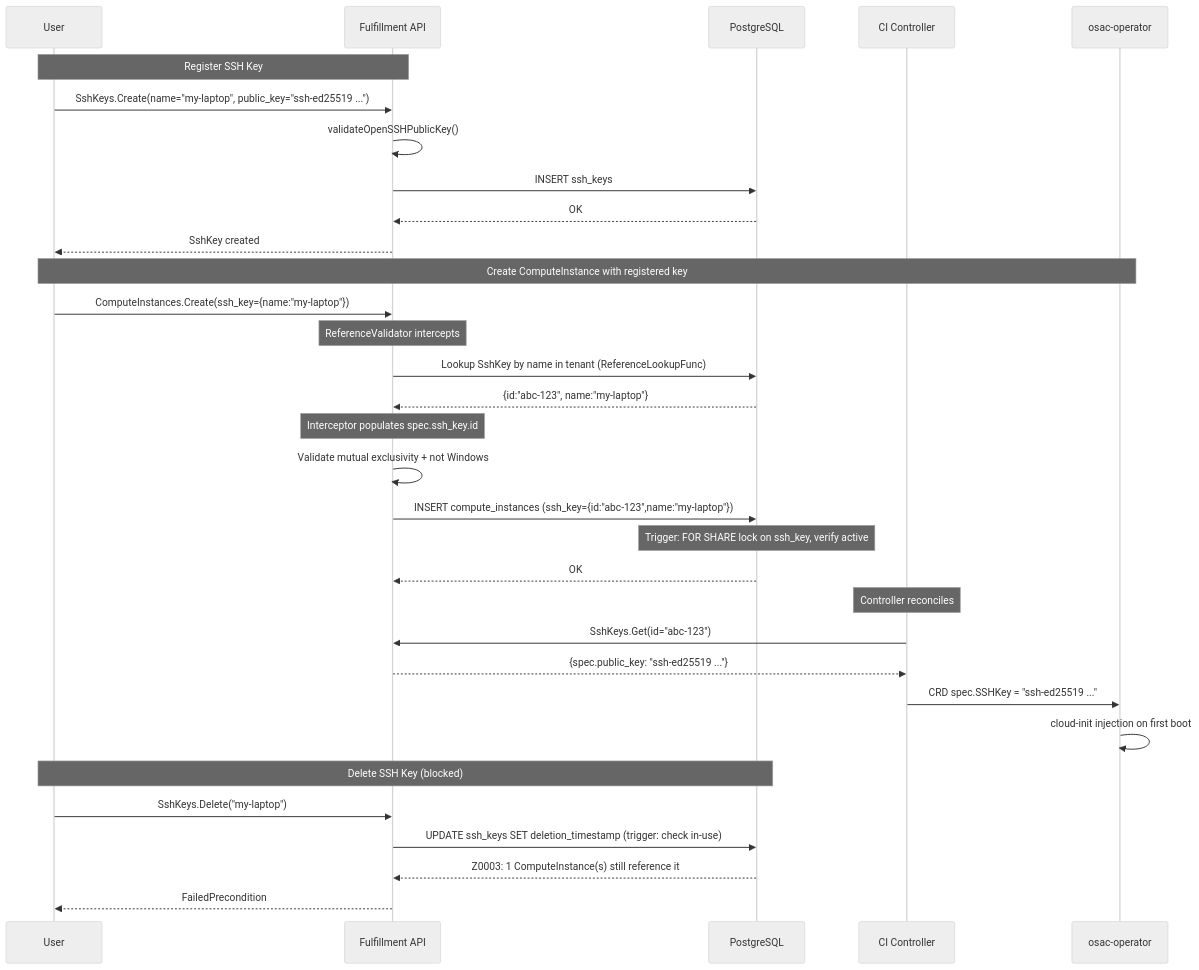
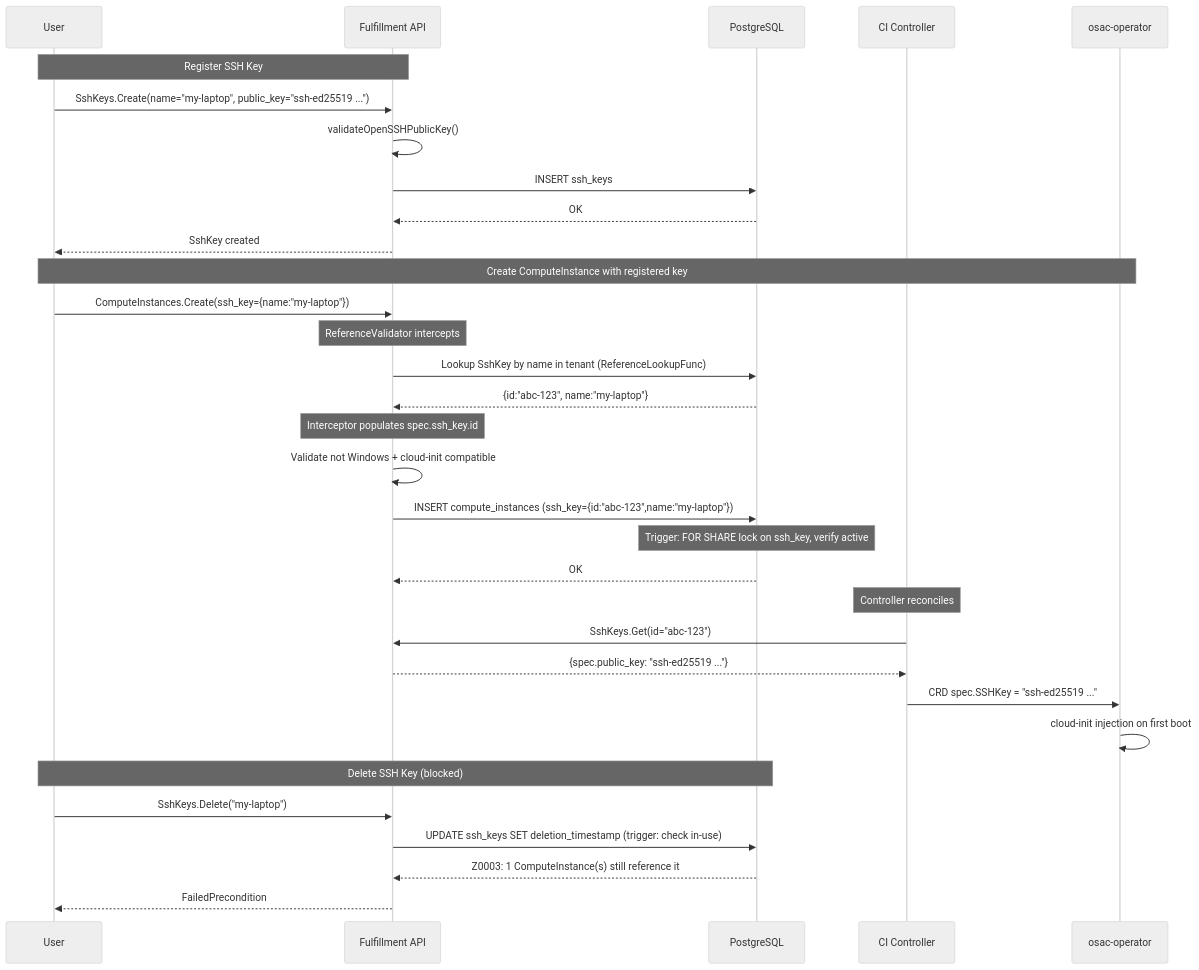
The diagram in enhancements/OSAC-51-ssh-key-registry/design.md (osac-project/enhancement-proposals), drawn with Mermaid (neutral theme) before and after one commit. The commit also changed other lines of this file, not shown here.

````diff
--- a/enhancements/OSAC-51-ssh-key-registry/design.md
+++ b/enhancements/OSAC-51-ssh-key-registry/design.md
@@ -101,37 +102,37 @@
 ```mermaid
 sequenceDiagram
     participant User
     participant API as Fulfillment API
     participant DB as PostgreSQL
     participant Ctrl as CI Controller
     participant Op as osac-operator
 
     Note over User,API: Register SSH Key
     User->>API: SshKeys.Create(name="my-laptop", public_key="ssh-ed25519 ...")
     API->>API: validateOpenSSHPublicKey()
     API->>DB: INSERT ssh_keys
     DB-->>API: OK
     API-->>User: SshKey created
 
     Note over User,Op: Create ComputeInstance with registered key
     User->>API: ComputeInstances.Create(ssh_key={name:"my-laptop"})
     Note over API: ReferenceValidator intercepts
     API->>DB: Lookup SshKey by name in tenant (ReferenceLookupFunc)
     DB-->>API: {id:"abc-123", name:"my-laptop"}
     Note over API: Interceptor populates spec.ssh_key.id
-    API->>API: Validate mutual exclusivity + not Windows
+    API->>API: Validate not Windows + cloud-init compatible
     API->>DB: INSERT compute_instances (ssh_key={id:"abc-123",name:"my-laptop"})
     Note over DB: Trigger: FOR SHARE lock on ssh_key, verify active
     DB-->>API: OK
     Note over Ctrl: Controller reconciles
     Ctrl->>API: SshKeys.Get(id="abc-123")
     API-->>Ctrl: {spec.public_key: "ssh-ed25519 ..."}
     Ctrl->>Op: CRD spec.SSHKey = "ssh-ed25519 ..."
     Op->>Op: cloud-init injection on first boot
 
     Note over User,DB: Delete SSH Key (blocked)
     User->>API: SshKeys.Delete("my-laptop")
     API->>DB: UPDATE ssh_keys SET deletion_timestamp (trigger: check in-use)
     DB-->>API: Z0003: 1 ComputeInstance(s) still reference it
     API-->>User: FailedPrecondition
 ```
````
